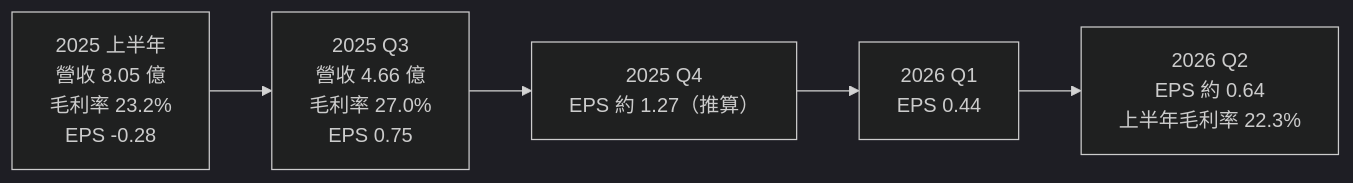
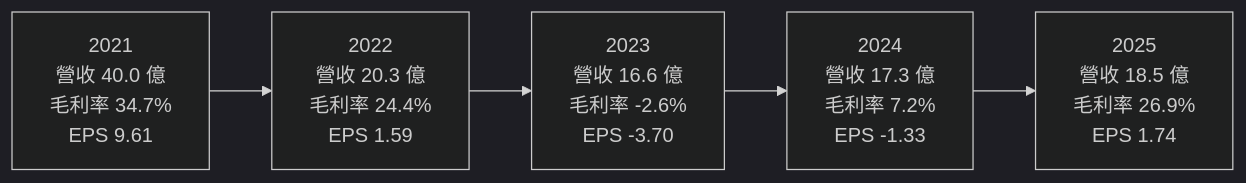
Before and after one commit to wangnick1004/taiwan-stock-vault: the second of 3 diagrams in 個股/台股/3530晶相光.md, drawn with Mermaid (dark theme). The commit also changed other lines of this file and 142 other files, not shown here.

````diff
--- a/個股/台股/3530晶相光.md
+++ b/個股/台股/3530晶相光.md
@@ -130,4 +133,4 @@
 ```mermaid
 flowchart LR
-    A["2025 上半年<br/>營收 8.05 億<br/>毛利率 23.2%<br/>EPS -0.28"] --> B["2025 Q3<br/>營收 4.66 億<br/>毛利率 27.0%<br/>EPS 0.75"] --> C["2025 Q4<br/>EPS 約 1.27（推算）"] --> D["2026 Q1<br/>EPS 0.44"] --> E["2026 Q2<br/>EPS 約 0.64<br/>上半年毛利率 22.3%"]
+    A["2021<br/>營收 40.0 億<br/>毛利率 34.7%<br/>EPS 9.61"] --> B["2022<br/>營收 20.3 億<br/>毛利率 24.4%<br/>EPS 1.59"] --> C["2023<br/>營收 16.6 億<br/>毛利率 -2.6%<br/>EPS -3.70"] --> D["2024<br/>營收 17.3 億<br/>毛利率 7.2%<br/>EPS -1.33"] --> E["2025<br/>營收 18.5 億<br/>毛利率 26.9%<br/>EPS 1.74"]
 ```
````
